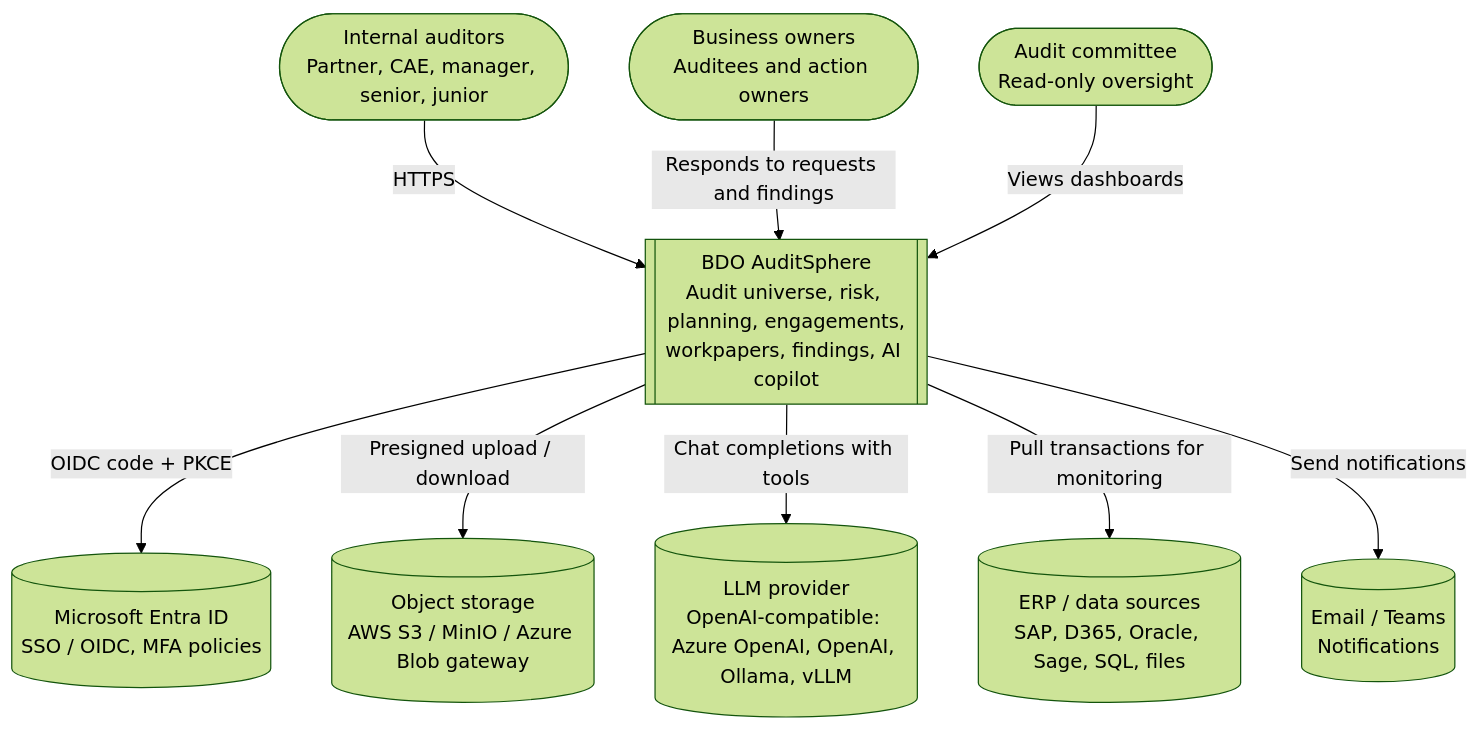
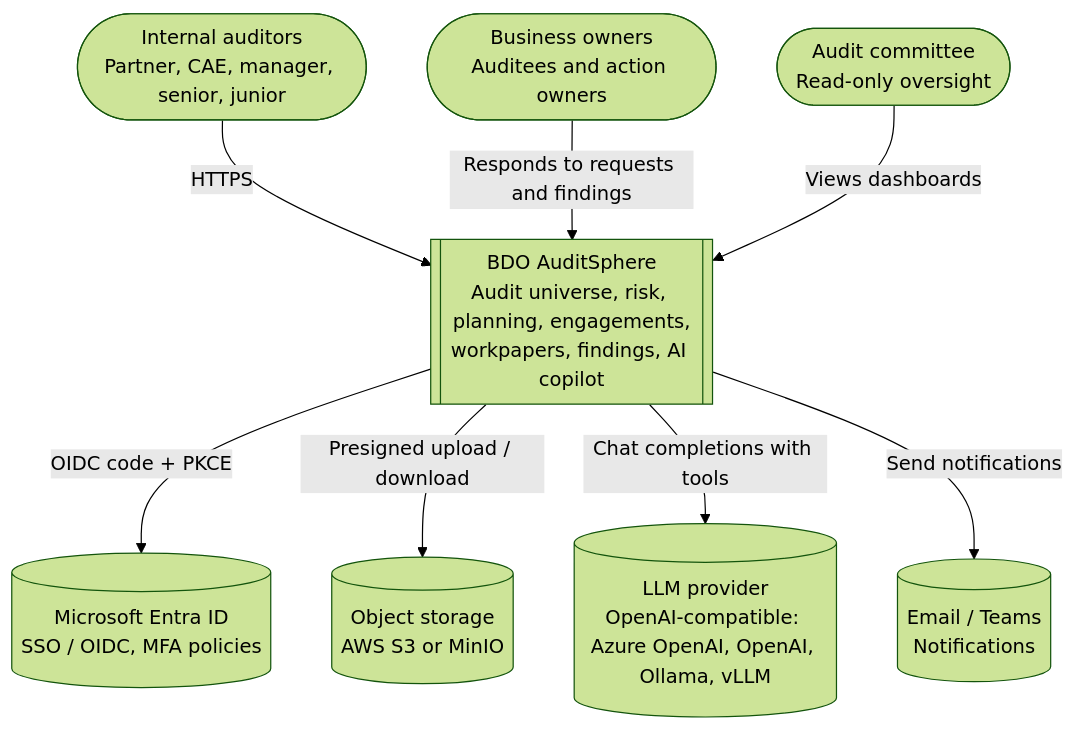
Before and after one commit to StephenWatulo/BDO_AuditSphere: the first of 4 diagrams in docs/01-architecture.md, drawn with Mermaid (forest theme). The commit also changed other lines of this file and 118 other files, not shown here.

````diff
--- a/docs/01-architecture.md
+++ b/docs/01-architecture.md
@@ -9,20 +10,18 @@
 ```mermaid
 flowchart TB
   auditor([Internal auditors<br/>Partner, CAE, manager, senior, junior])
   business([Business owners<br/>Auditees and action owners])
   committee([Audit committee<br/>Read-only oversight])
   AS[[BDO AuditSphere<br/>Audit universe, risk, planning, engagements,<br/>workpapers, findings, AI copilot]]
   entra[(Microsoft Entra ID<br/>SSO / OIDC, MFA policies)]
-  s3[(Object storage<br/>AWS S3 / MinIO / Azure Blob gateway)]
+  s3[(Object storage<br/>AWS S3 or MinIO)]
   ai[(LLM provider<br/>OpenAI-compatible: Azure OpenAI, OpenAI, Ollama, vLLM)]
-  erp[(ERP / data sources<br/>SAP, D365, Oracle, Sage, SQL, files)]
   mail[(Email / Teams<br/>Notifications)]
   auditor -->|HTTPS| AS
   business -->|Responds to requests and findings| AS
   committee -->|Views dashboards| AS
   AS -->|OIDC code + PKCE| entra
   AS -->|Presigned upload / download| s3
   AS -->|Chat completions with tools| ai
-  AS -->|Pull transactions for monitoring| erp
   AS -->|Send notifications| mail
 ```
````
